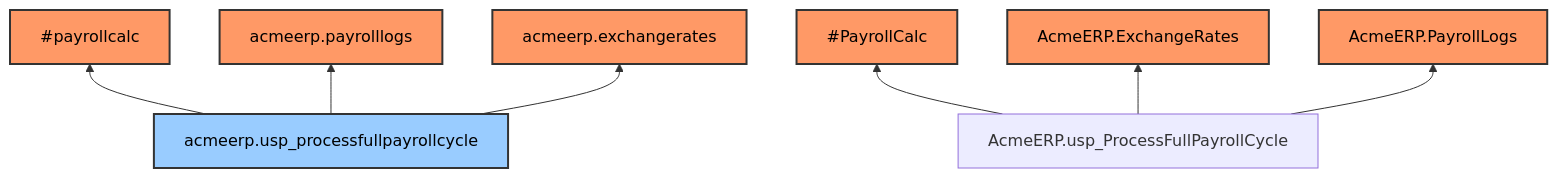
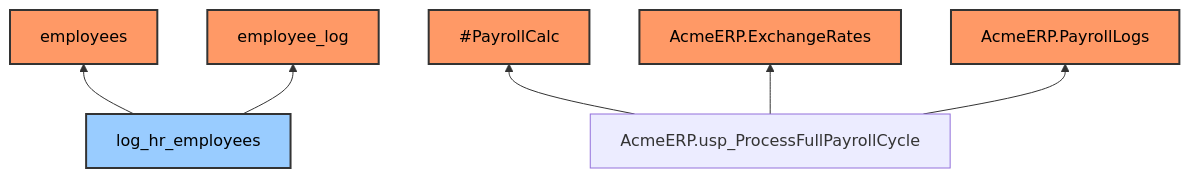
One commit to 25Jayesh10/Data_Lineage_Analyzer changed the diagram in diagrams/lineage.md. Above: the diagram before and after it, drawn with Mermaid. The commit also changed 8 other files, not shown here.

````diff
--- a/diagrams/lineage.md
+++ b/diagrams/lineage.md
@@ -1,14 +1,13 @@
 ```mermaid
 graph BT
     %% Node styles
     classDef table fill:#f96,stroke:#333,stroke-width:2px,color:#000;
     classDef stored_proc fill:#9cf,stroke:#333,stroke-width:2px ,color:#000;
-    acmeerp.usp_processfullpayrollcycle --> #payrollcalc
-    acmeerp.usp_processfullpayrollcycle --> acmeerp.payrolllogs
-    acmeerp.usp_processfullpayrollcycle --> acmeerp.exchangerates
+    log_hr_employees --> employees
+    log_hr_employees --> employee_log
     AcmeERP.usp_ProcessFullPayrollCycle --> #PayrollCalc
     AcmeERP.usp_ProcessFullPayrollCycle --> AcmeERP.ExchangeRates
     AcmeERP.usp_ProcessFullPayrollCycle --> AcmeERP.PayrollLogs
-    class AcmeERP.PayrollLogs,acmeerp.payrolllogs,#payrollcalc,acmeerp.exchangerates,#PayrollCalc,AcmeERP.ExchangeRates table;
-    class acmeerp.usp_processfullpayrollcycle stored_proc;
+    class AcmeERP.PayrollLogs,AcmeERP.ExchangeRates,#PayrollCalc,employees,employee_log table;
+    class log_hr_employees stored_proc;
 ```
````
